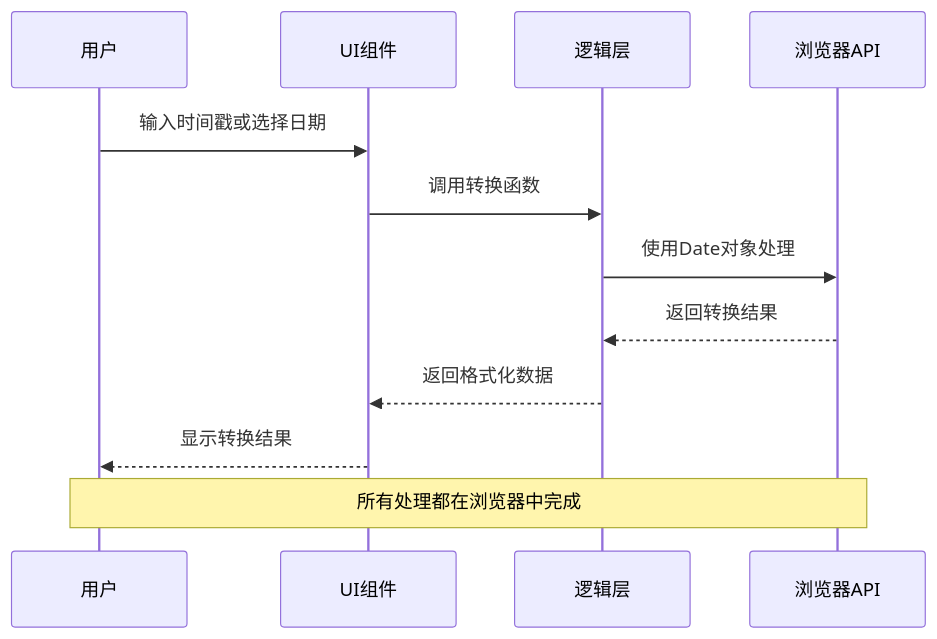
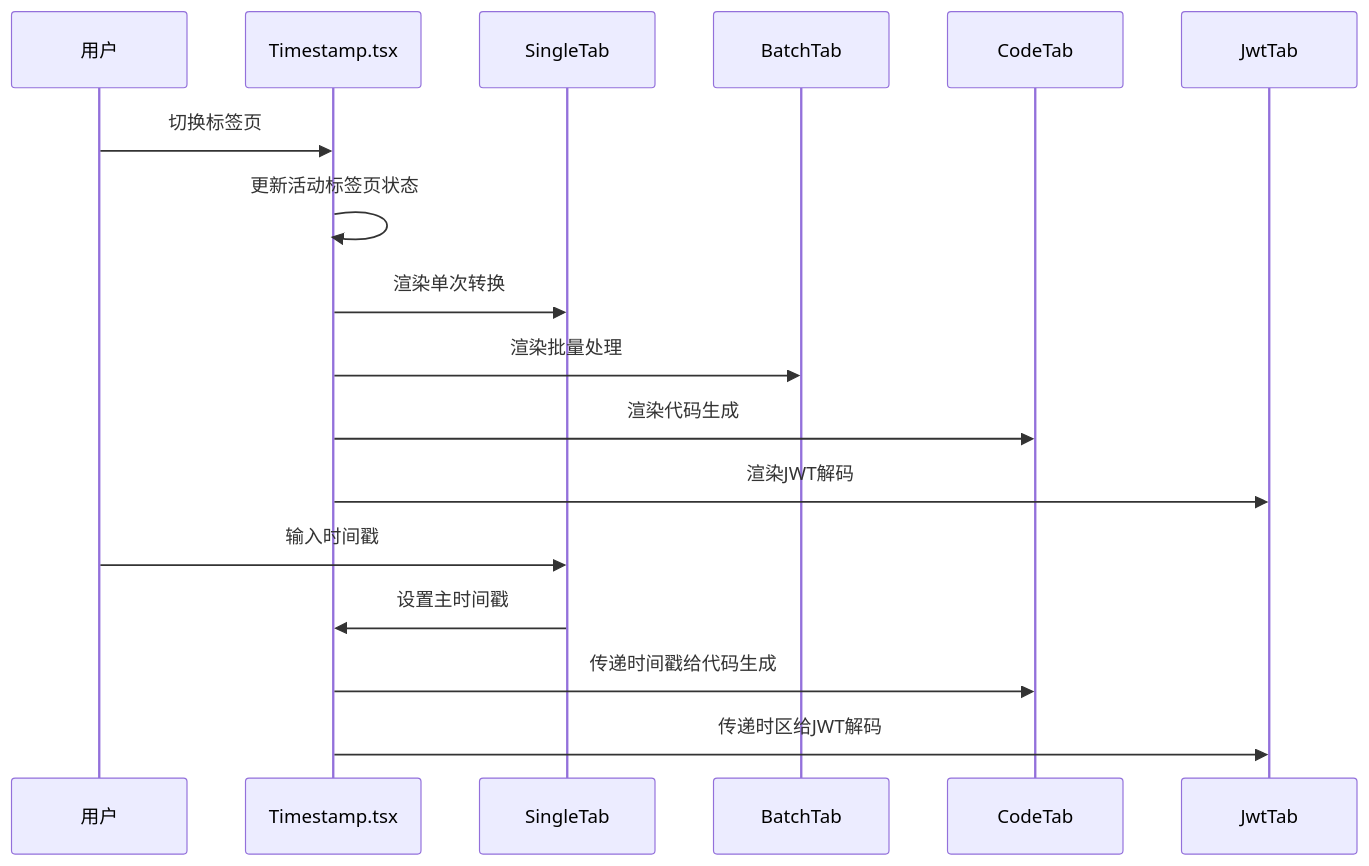
Before and after one commit to sgyy/privadeck: the third of 10 diagrams in .qoder/repowiki/zh/content/开发者工具/时间戳工具.md, drawn with Mermaid. The commit also changed other lines of this file and 7 other files, not shown here.

````diff
--- a/.qoder/repowiki/zh/content/开发者工具/时间戳工具.md
+++ b/.qoder/repowiki/zh/content/开发者工具/时间戳工具.md
@@ -107,14 +143,19 @@
 ```mermaid
 sequenceDiagram
 participant U as 用户
-participant UI as UI组件
-participant L as 逻辑层
-participant B as 浏览器API
-U->>UI : 输入时间戳或选择日期
-UI->>L : 调用转换函数
-L->>B : 使用Date对象处理
-B-->>L : 返回转换结果
-L-->>UI : 返回格式化数据
-UI-->>U : 显示转换结果
-Note over U,B : 所有处理都在浏览器中完成
+participant T as Timestamp.tsx
+participant S as SingleTab
+participant B as BatchTab
+participant C as CodeTab
+participant J as JwtTab
+U->>T : 切换标签页
+T->>T : 更新活动标签页状态
+T->>S : 渲染单次转换
+T->>B : 渲染批量处理
+T->>C : 渲染代码生成
+T->>J : 渲染JWT解码
+U->>S : 输入时间戳
+S->>T : 设置主时间戳
+T->>C : 传递时间戳给代码生成
+T->>J : 传递时区给JWT解码
 ```
````
